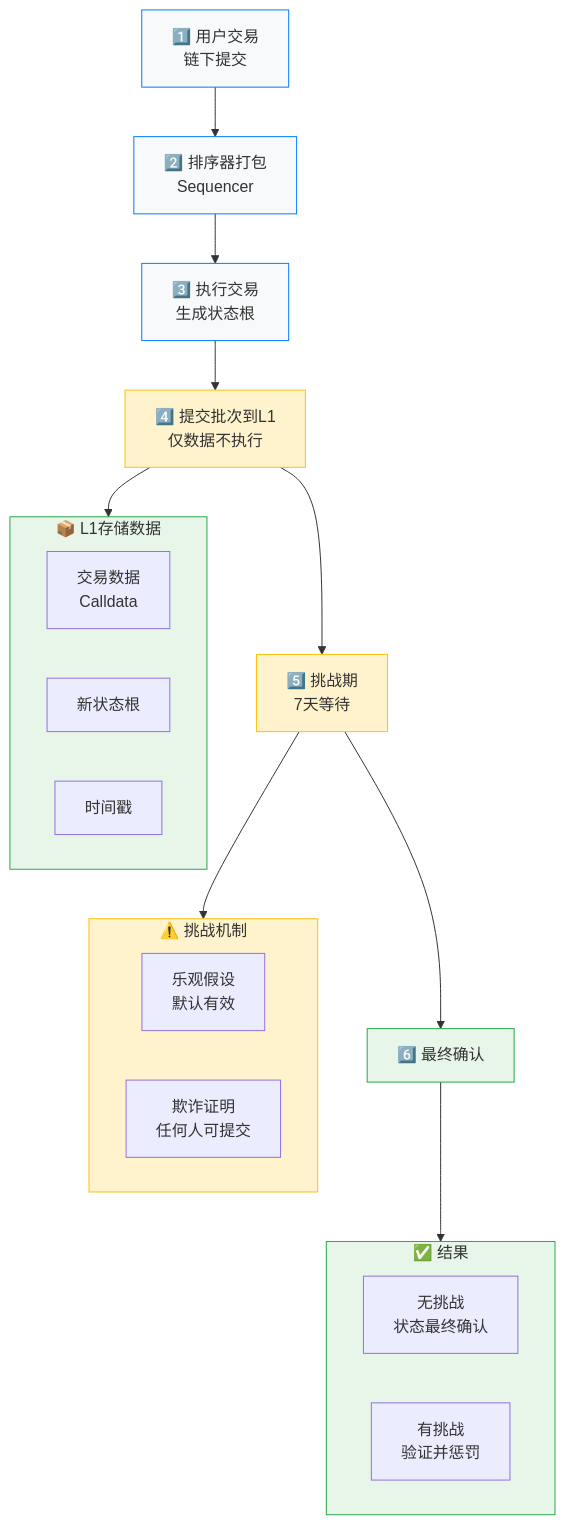
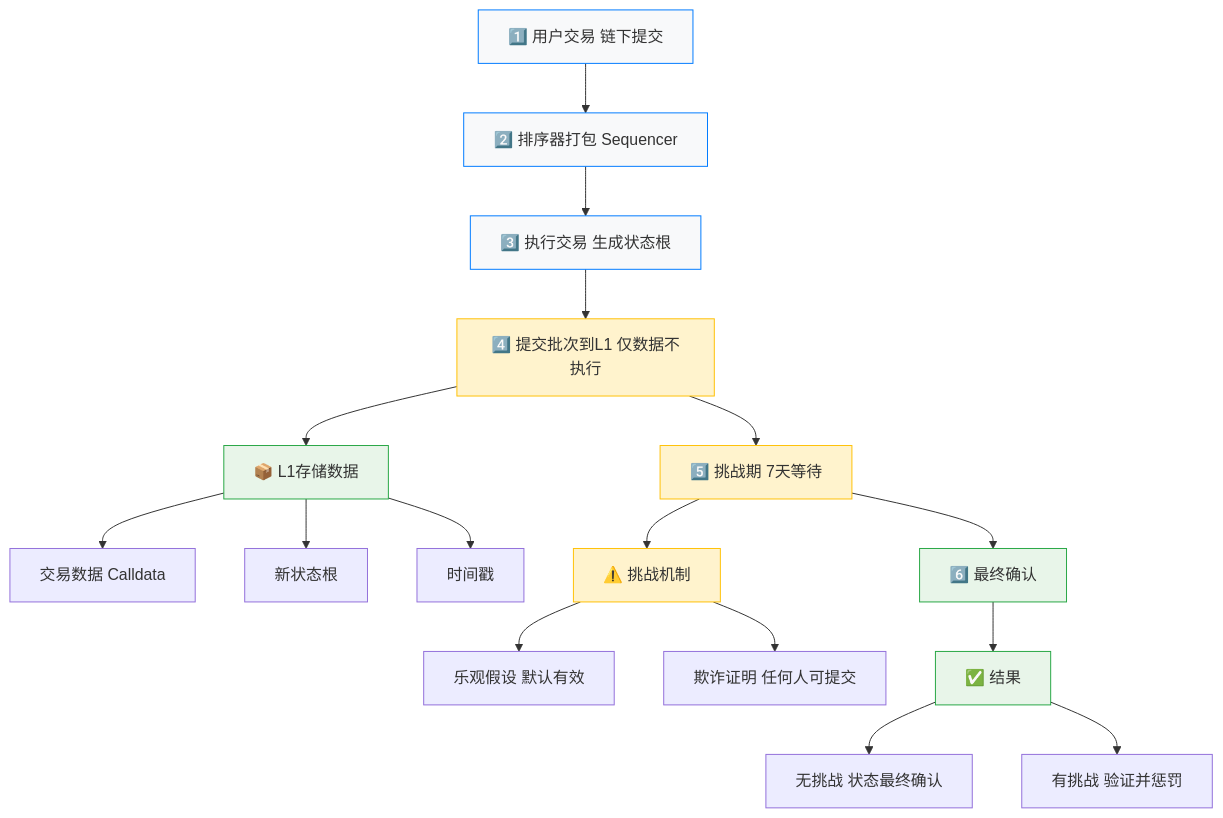
One commit to web3-wallet-org/web3-wallet-notes changed the third of 9 diagrams in docs/《精通以太坊》/第16章-以太坊扩容.md. Above: the diagram before and after it, drawn with Mermaid. The commit also changed other lines of this file and 5 other files, not shown here.

````diff
--- a/docs/《精通以太坊》/第16章-以太坊扩容.md
+++ b/docs/《精通以太坊》/第16章-以太坊扩容.md
@@ -86,43 +89,46 @@
 ```mermaid
 graph TD
-    A["1️⃣ 用户交易<br/>链下提交"] --> B["2️⃣ 排序器打包<br/>Sequencer"]
-    B --> C["3️⃣ 执行交易<br/>生成状态根"]
-    C --> D["4️⃣ 提交批次到L1<br/>仅数据不执行"]
+    A["1️⃣ 用户交易 链下提交"] --> B["2️⃣ 排序器打包 Sequencer"]
+    B --> C["3️⃣ 执行交易 生成状态根"]
+    C --> D["4️⃣ 提交批次到L1 仅数据不执行"]
     
-    subgraph L1Data["📦 L1存储数据"]
-        direction LR
-        Calldata["交易数据<br/>Calldata"]
-        StateRoot["新状态根"]
-        Timestamp["时间戳"]
-    end
+    L1Data["📦 L1存储数据"]
+    Calldata["交易数据 Calldata"]
+    StateRoot["新状态根"]
+    Timestamp["时间戳"]
     
     D --> L1Data
-    D --> E["5️⃣ 挑战期<br/>7天等待"]
+    L1Data --> Calldata
+    L1Data --> StateRoot
+    L1Data --> Timestamp
     
-    subgraph Challenge["⚠️ 挑战机制"]
-        direction LR
-        Optimistic["乐观假设<br/>默认有效"]
-        FraudProof["欺诈证明<br/>任何人可提交"]
-    end
+    D --> E["5️⃣ 挑战期 7天等待"]
+    
+    Challenge["⚠️ 挑战机制"]
+    Optimistic["乐观假设 默认有效"]
+    FraudProof["欺诈证明 任何人可提交"]
     
     E --> Challenge
+    Challenge --> Optimistic
+    Challenge --> FraudProof
+    
     E --> F["6️⃣ 最终确认"]
     
-    subgraph Result["✅ 结果"]
-        direction LR
-        NoChallenge["无挑战<br/>状态最终确认"]
-        HasChallenge["有挑战<br/>验证并惩罚"]
-    end
+    Result["✅ 结果"]
+    NoChallenge["无挑战 状态最终确认"]
+    HasChallenge["有挑战 验证并惩罚"]
     
     F --> Result
+    Result --> NoChallenge
+    Result --> HasChallenge
     
     style A fill:#f8f9fa,stroke:#007bff,color:#333
     style B fill:#f8f9fa,stroke:#007bff,color:#333
     style C fill:#f8f9fa,stroke:#007bff,color:#333
     style D fill:#fff3cd,stroke:#ffc107,color:#333
     style L1Data fill:#e8f5e9,stroke:#28a745,color:#333
     style E fill:#fff3cd,stroke:#ffc107,color:#333
     style Challenge fill:#fff3cd,stroke:#ffc107,color:#333
     style F fill:#e8f5e9,stroke:#28a745,color:#333
     style Result fill:#e8f5e9,stroke:#28a745,color:#333
 ```
````
